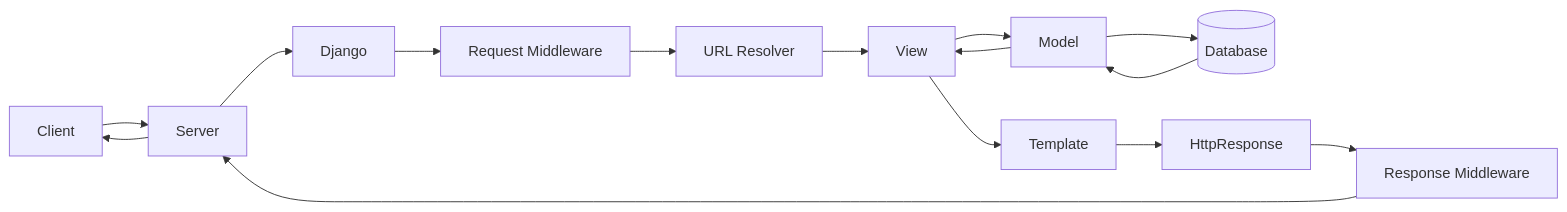
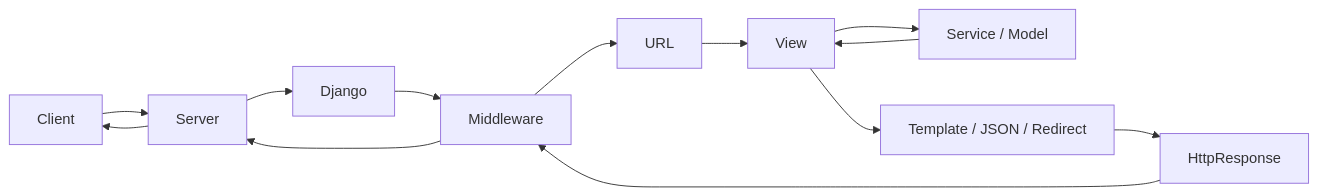
Before and after one commit to AvadhBhalodiya/Interview-Preparation: the ninth of 9 diagrams in src/content/django/mtv-request-response-cycle.md, drawn with Mermaid. The commit also changed other lines of this file and 80 other files, not shown here.

````diff
--- a/src/content/django/mtv-request-response-cycle.md
+++ b/src/content/django/mtv-request-response-cycle.md
@@ -1693,17 +1067,15 @@
 ```mermaid
 flowchart LR
     Client --> Server
     Server --> Django
-    Django --> MiddlewareIn[Request Middleware]
-    MiddlewareIn --> URL[URL Resolver]
+    Django --> Middleware
+    Middleware --> URL
     URL --> View
-    View --> Model
-    Model --> Database[(Database)]
-    Database --> Model
-    Model --> View
-    View --> Template
-    Template --> Response[HttpResponse]
-    Response --> MiddlewareOut[Response Middleware]
-    MiddlewareOut --> Server
+    View --> Logic["Service / Model"]
+    Logic --> View
+    View --> Output["Template / JSON / Redirect"]
+    Output --> Response[HttpResponse]
+    Response --> Middleware
+    Middleware --> Server
     Server --> Client
 ```
````
